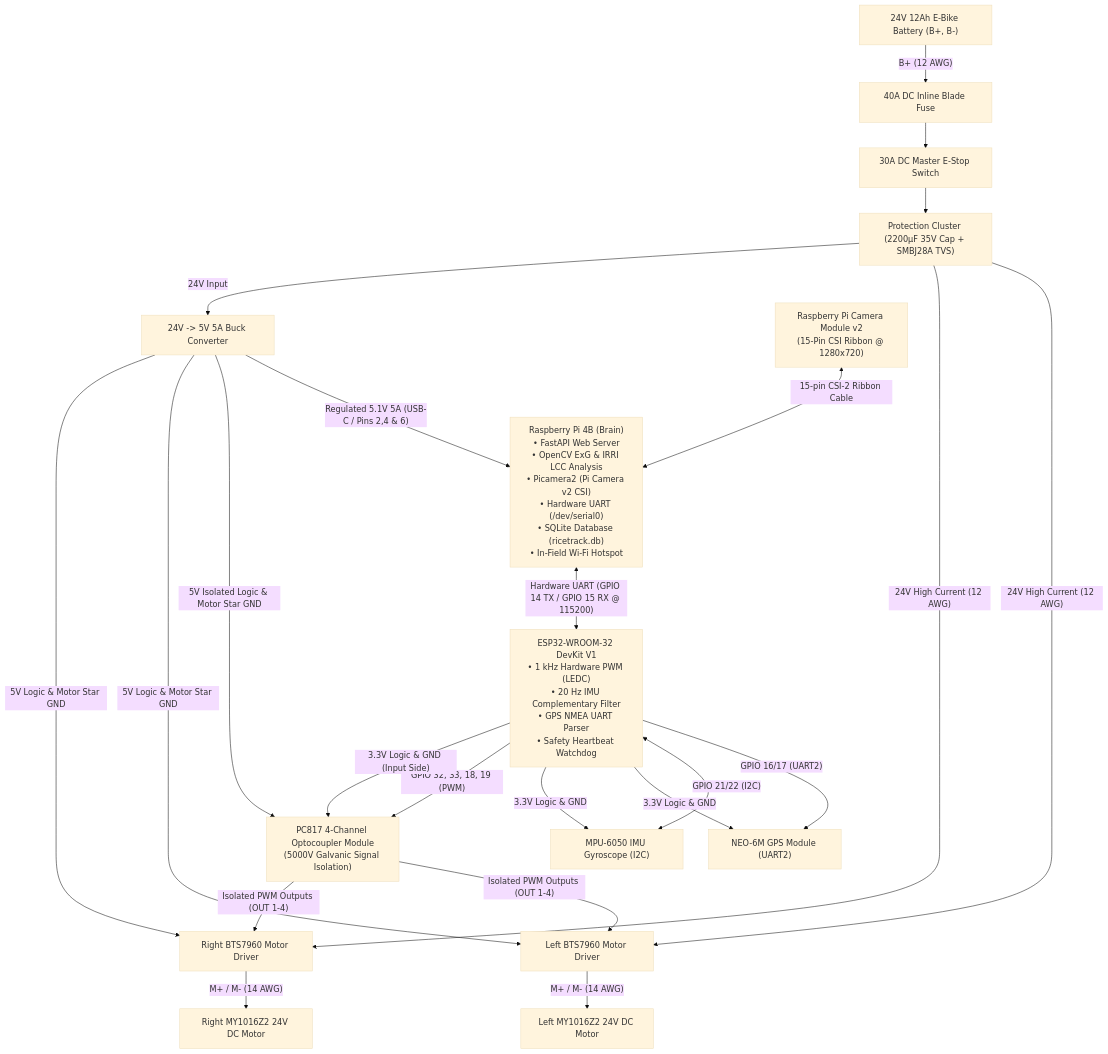
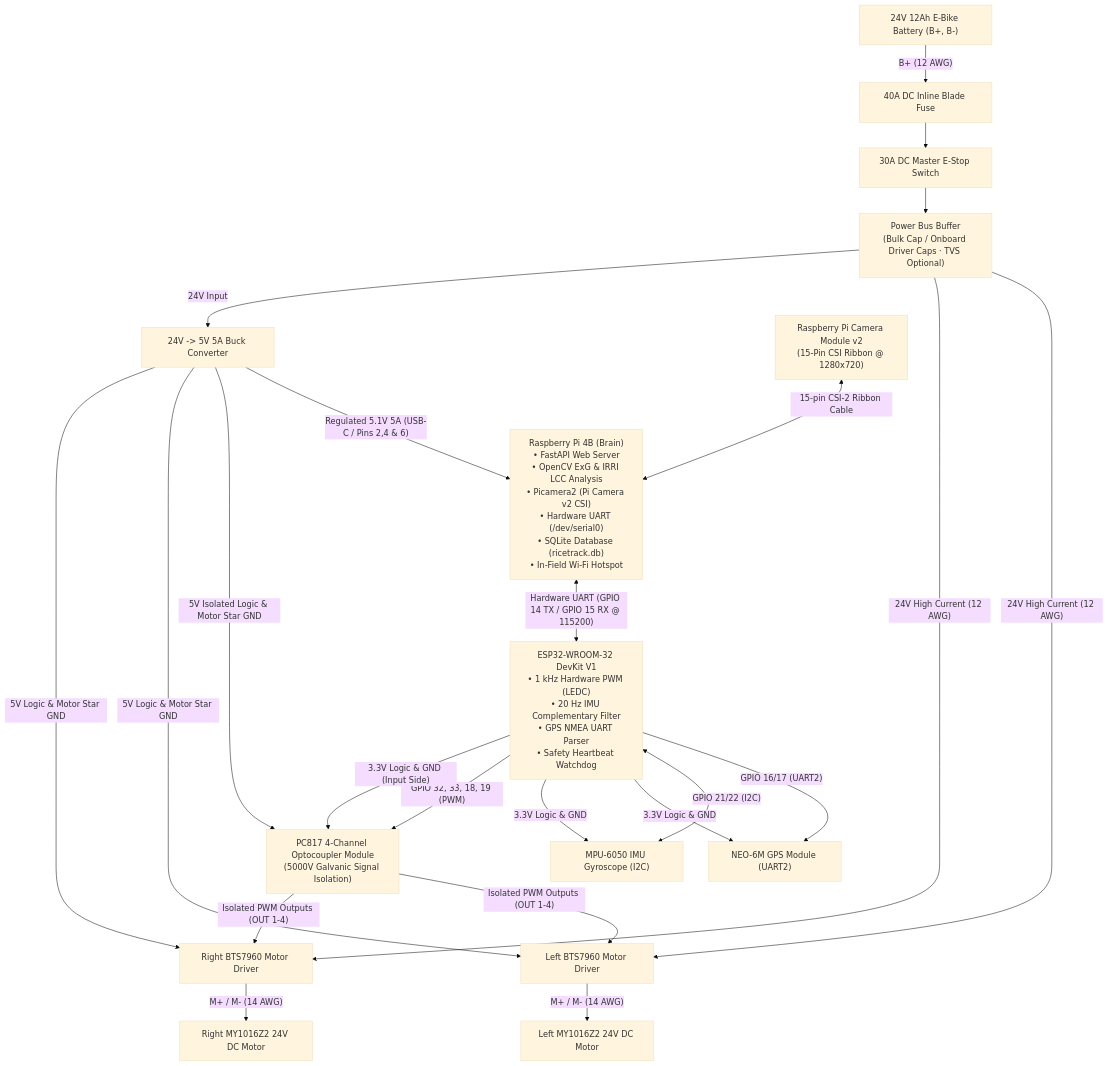
One commit to Meruem292/Rice-robocam changed the diagram in robo_cam-main/README.md. Above: the diagram before and after it, drawn with Mermaid (base theme).

Commit message:
no SMBJ28A

````diff
--- a/robo_cam-main/README.md
+++ b/robo_cam-main/README.md
@@ -9,51 +9,51 @@
 ```mermaid
 flowchart TB
     BAT["24V 12Ah E-Bike Battery (B+, B-)"]
     FUSE["40A DC Inline Blade Fuse"]
     ESTOP["30A DC Master E-Stop Switch"]
-    PROT["Protection Cluster (2200µF 35V Cap + SMBJ28A TVS)"]
+    PROT["Power Bus Buffer<br/>(Bulk Cap / Onboard Driver Caps · TVS Optional)"]
     BUCK["24V -> 5V 5A Buck Converter"]
     
     RPI["Raspberry Pi 4B (Brain)<br/>• FastAPI Web Server<br/>• OpenCV ExG & IRRI LCC Analysis<br/>• Picamera2 (Pi Camera v2 CSI)<br/>• Hardware UART (/dev/serial0)<br/>• SQLite Database (ricetrack.db)<br/>• In-Field Wi-Fi Hotspot"]
     CAM["Raspberry Pi Camera Module v2<br/>(15-Pin CSI Ribbon @ 1280x720)"]
     
     ESP["ESP32-WROOM-32 DevKit V1<br/>• 1 kHz Hardware PWM (LEDC)<br/>• 20 Hz IMU Complementary Filter<br/>• GPS NMEA UART Parser<br/>• Safety Heartbeat Watchdog"]
     
     OPTO["PC817 4-Channel Optocoupler Module<br/>(5000V Galvanic Signal Isolation)"]
     
     GPS["NEO-6M GPS Module (UART2)"]
     IMU["MPU-6050 IMU Gyroscope (I2C)"]
     BTS_L["Left BTS7960 Motor Driver"]
     BTS_R["Right BTS7960 Motor Driver"]
     MOT_L["Left MY1016Z2 24V DC Motor"]
     MOT_R["Right MY1016Z2 24V DC Motor"]
 
     BAT -->|"B+ (12 AWG)"| FUSE
     FUSE --> ESTOP
     ESTOP --> PROT
     PROT -->|"24V High Current (12 AWG)"| BTS_L
     PROT -->|"24V High Current (12 AWG)"| BTS_R
     PROT -->|"24V Input"| BUCK
 
     BUCK -->|"Regulated 5.1V 5A (USB-C / Pins 2,4 & 6)"| RPI
     RPI <-->|"Hardware UART (GPIO 14 TX / GPIO 15 RX @ 115200)"| ESP
     CAM <-->|"15-pin CSI-2 Ribbon Cable"| RPI
 
     ESP -->|"GPIO 16/17 (UART2)"| GPS
     ESP <-->|"GPIO 21/22 (I2C)"| IMU
 
     ESP -->|"3.3V Logic & GND"| GPS
     ESP -->|"3.3V Logic & GND"| IMU
 
     %% Optocoupled motor control
     ESP -->|"GPIO 32, 33, 18, 19 (PWM)"| OPTO
     ESP -->|"3.3V Logic & GND (Input Side)"| OPTO
     OPTO -->|"Isolated PWM Outputs (OUT 1-4)"| BTS_L
     OPTO -->|"Isolated PWM Outputs (OUT 1-4)"| BTS_R
     BUCK -->|"5V Isolated Logic & Motor Star GND"| OPTO
     BUCK -->|"5V Logic & Motor Star GND"| BTS_L
     BUCK -->|"5V Logic & Motor Star GND"| BTS_R
 
     BTS_L -->|"M+ / M- (14 AWG)"| MOT_L
     BTS_R -->|"M+ / M- (14 AWG)"| MOT_R
 ```
````
